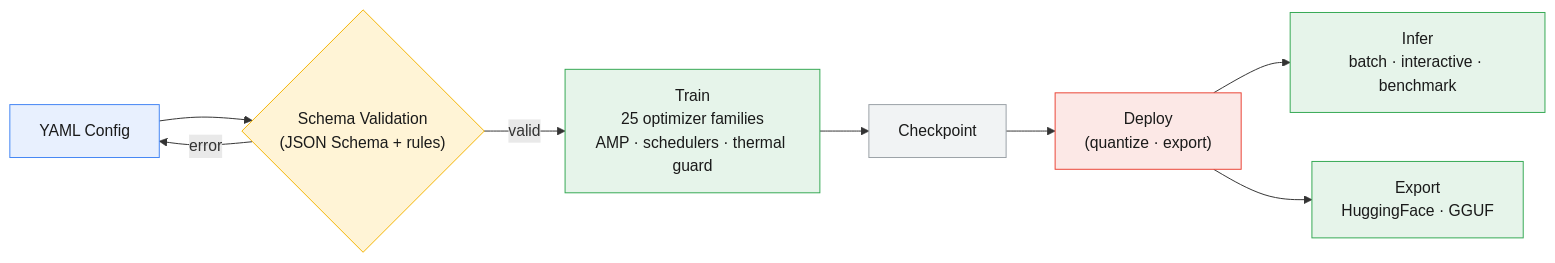
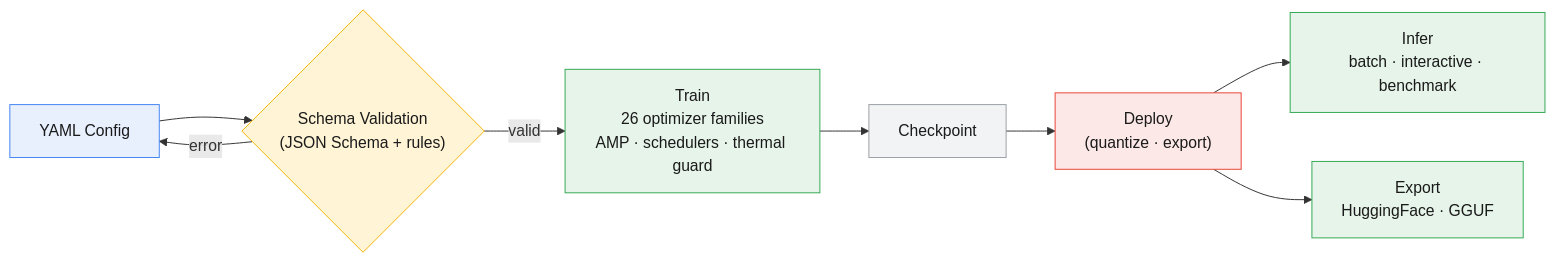
One commit to erickfmm/frankenstein-transformer changed the first of 2 diagrams in README.md. Above: the diagram before and after it, drawn with Mermaid. The commit also changed other lines of this file and 21 other files, not shown here.

````diff
--- a/README.md
+++ b/README.md
@@ -24,18 +24,18 @@
 ```mermaid
 flowchart LR
     A["YAML Config"] --> B{"Schema Validation<br/>(JSON Schema + rules)"}
-    B -- valid --> C["Train<br/>25 optimizer families<br/>AMP · schedulers · thermal guard"]
+    B -- valid --> C["Train<br/>26 optimizer families<br/>AMP · schedulers · thermal guard"]
     B -- error --> A
     C --> D["Checkpoint"]
     D --> E["Deploy<br/>(quantize · export)"]
     E --> F["Infer<br/>batch · interactive · benchmark"]
     E --> G["Export<br/>HuggingFace · GGUF"]
 
     style A fill:#e8f0fe,stroke:#4285f4,color:#1a1a1a
     style B fill:#fff4d6,stroke:#f4b400,color:#1a1a1a
     style C fill:#e6f4ea,stroke:#34a853,color:#1a1a1a
     style D fill:#f1f3f4,stroke:#9aa0a6,color:#1a1a1a
     style E fill:#fce8e6,stroke:#ea4335,color:#1a1a1a
     style F fill:#e6f4ea,stroke:#34a853,color:#1a1a1a
     style G fill:#e6f4ea,stroke:#34a853,color:#1a1a1a
 ```
````
